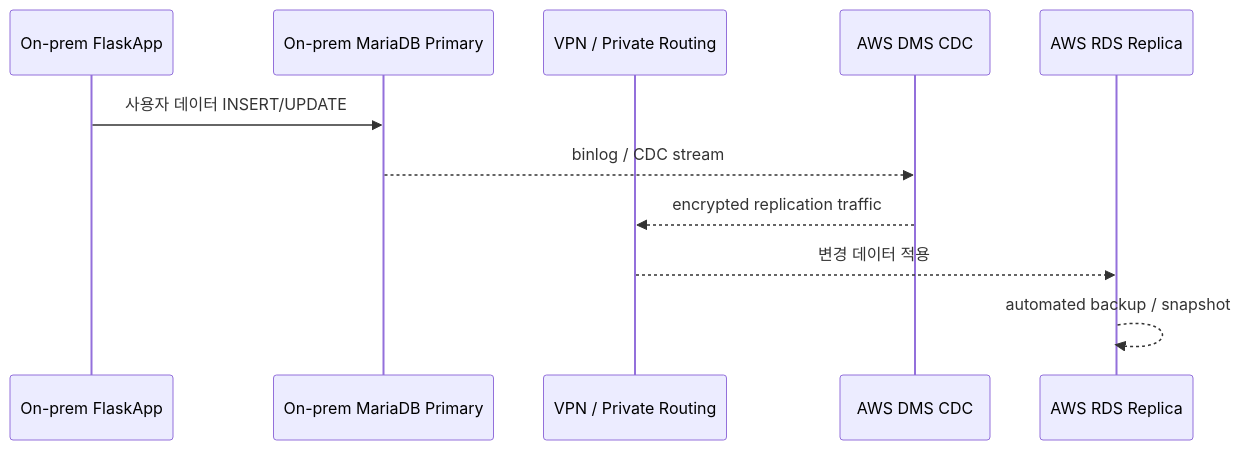
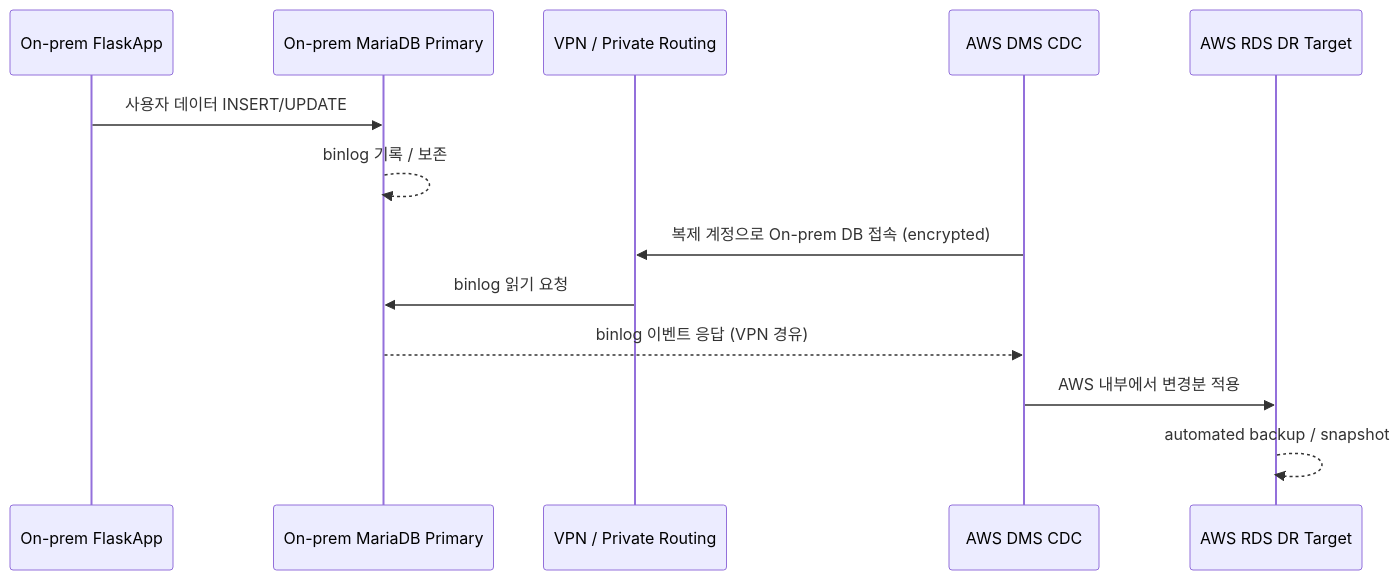
The first of 8 diagrams in database-backup-monitoring/데이터베이스-백업-모니터링-구조-설계도.md (KOSA-Team-Snow/Docs), drawn with Mermaid before and after one commit. The commit also changed other lines of this file, not shown here.

````diff
--- a/database-backup-monitoring/데이터베이스-백업-모니터링-구조-설계도.md
+++ b/database-backup-monitoring/데이터베이스-백업-모니터링-구조-설계도.md
@@ -90,14 +90,16 @@
 ```mermaid
 sequenceDiagram
     participant App as On-prem FlaskApp
     participant MySQL as On-prem MariaDB Primary
     participant VPN as VPN / Private Routing
     participant DMS as AWS DMS CDC
-    participant RDS as AWS RDS Replica
+    participant RDS as AWS RDS DR Target
 
     App->>MySQL: 사용자 데이터 INSERT/UPDATE
-    MySQL-->>DMS: binlog / CDC stream
-    DMS-->>VPN: encrypted replication traffic
-    VPN-->>RDS: 변경 데이터 적용
+    MySQL-->>MySQL: binlog 기록 / 보존
+    DMS->>VPN: 복제 계정으로 On-prem DB 접속 (encrypted)
+    VPN->>MySQL: binlog 읽기 요청
+    MySQL-->>DMS: binlog 이벤트 응답 (VPN 경유)
+    DMS->>RDS: AWS 내부에서 변경분 적용
     RDS-->>RDS: automated backup / snapshot
 ```
````
